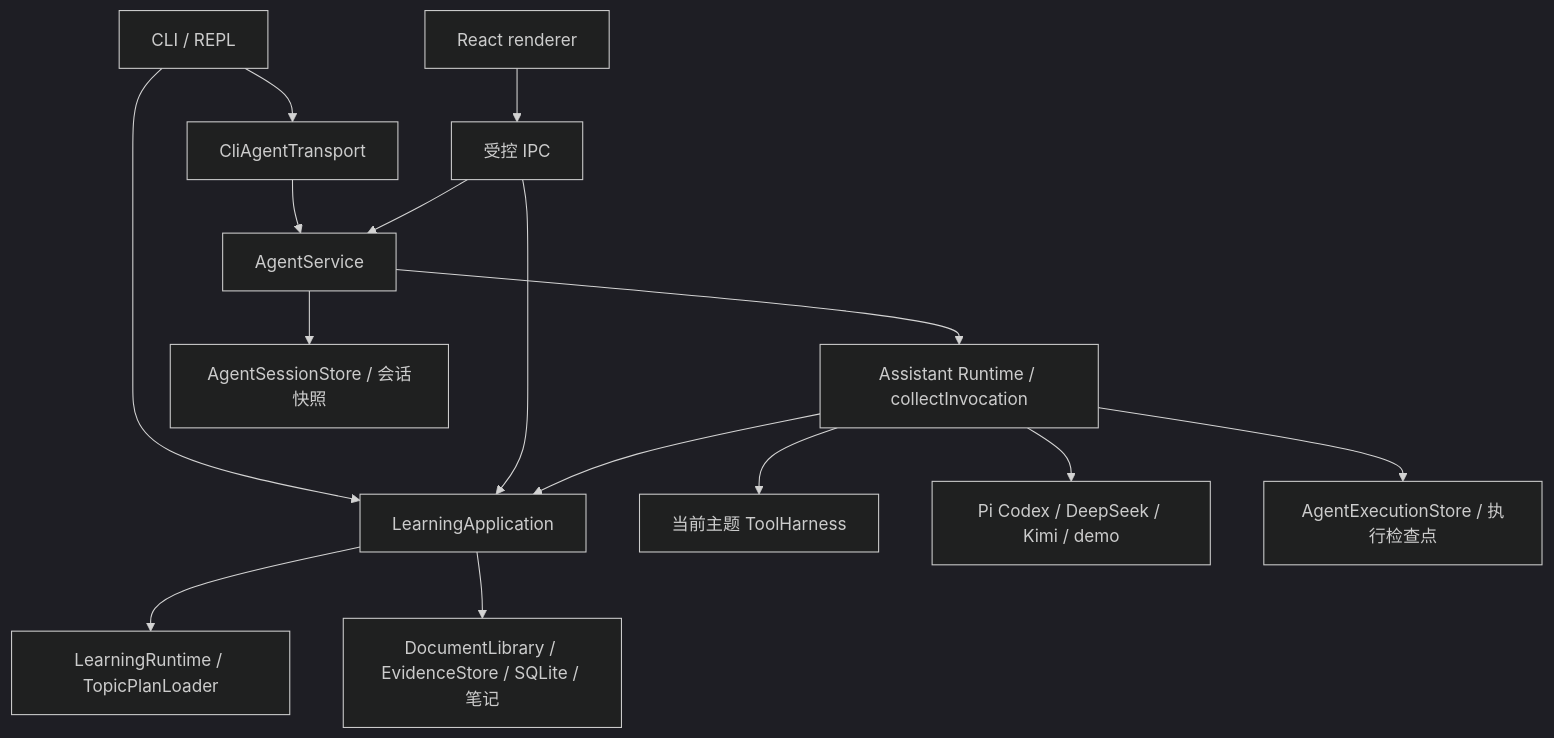
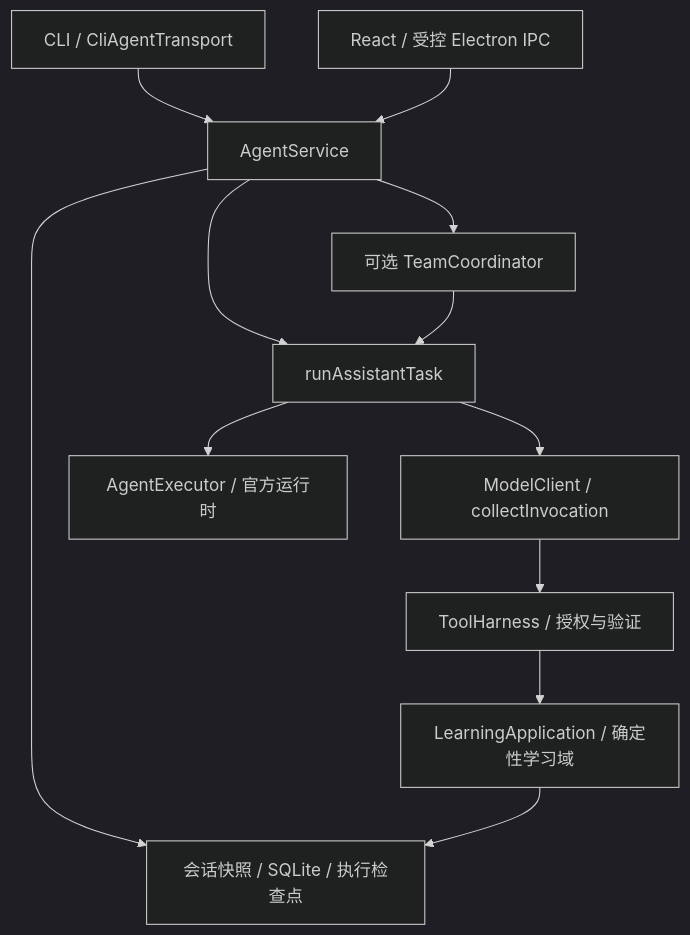
The diagram in docs/architecture.md (muzigef/zhixing), drawn with Mermaid (dark theme) before and after one commit. The commit also changed other lines of this file and 135 other files, not shown here.

````diff
--- a/docs/architecture.md
+++ b/docs/architecture.md
@@ -12,17 +12,14 @@
 ```mermaid
 graph TD
-  CLI[CLI / REPL] --> Adapter[CliAgentTransport]
-  Adapter --> Agent[AgentService]
-  CLI --> App[LearningApplication]
-  UI[React renderer] --> IPC[受控 IPC]
-  IPC --> Agent
-  IPC --> App
-  Agent --> Assistant[Assistant Runtime / collectInvocation]
-  Assistant --> App
-  App --> Domain[LearningRuntime / TopicPlanLoader]
-  App --> Stores[DocumentLibrary / EvidenceStore / SQLite / 笔记]
-  Assistant --> Tools[当前主题 ToolHarness]
-  Assistant --> Model[Pi Codex / DeepSeek / Kimi / demo]
-  Agent --> Chat[AgentSessionStore / 会话快照]
-  Assistant --> Journal[AgentExecutionStore / 执行检查点]
+  CLI[CLI / CliAgentTransport] --> Agent[AgentService]
+  UI[React / 受控 Electron IPC] --> Agent
+  Agent --> Team[可选 TeamCoordinator]
+  Agent --> Runtime[runAssistantTask]
+  Team --> Runtime
+  Runtime --> Model[ModelClient / collectInvocation]
+  Runtime --> Native[AgentExecutor / 官方运行时]
+  Model --> Tools[ToolHarness / 授权与验证]
+  Tools --> App[LearningApplication / 确定性学习域]
+  Agent --> Stores[会话快照 / SQLite / 执行检查点]
+  App --> Stores
 ```
````
